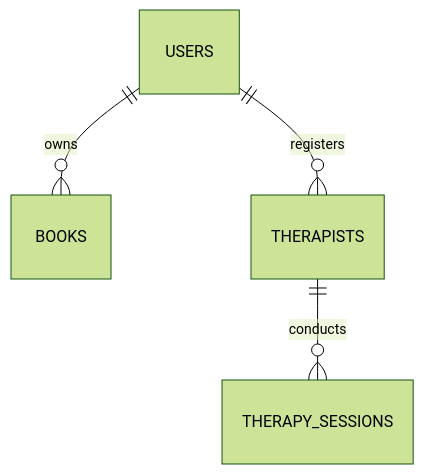
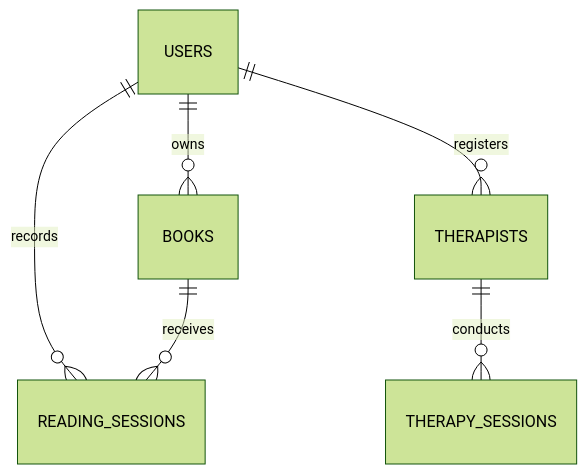
One commit to srbwayne/LifeOs changed the fourth of 6 diagrams in docs/03_DATABASE/ERD.md. Above: the diagram before and after it, drawn with Mermaid (forest theme). The commit also changed other lines of this file and 5 other files, not shown here.

First line of the commit message:
docs(read): document reading sessions

````diff
--- a/docs/03_DATABASE/ERD.md
+++ b/docs/03_DATABASE/ERD.md
@@ -1160,6 +1169,8 @@
 ```mermaid
 erDiagram
     USERS ||--o{ BOOKS : owns
+    USERS ||--o{ READING_SESSIONS : records
+    BOOKS ||--o{ READING_SESSIONS : receives
     USERS ||--o{ THERAPISTS : registers
     THERAPISTS ||--o{ THERAPY_SESSIONS : conducts
 ```
````
